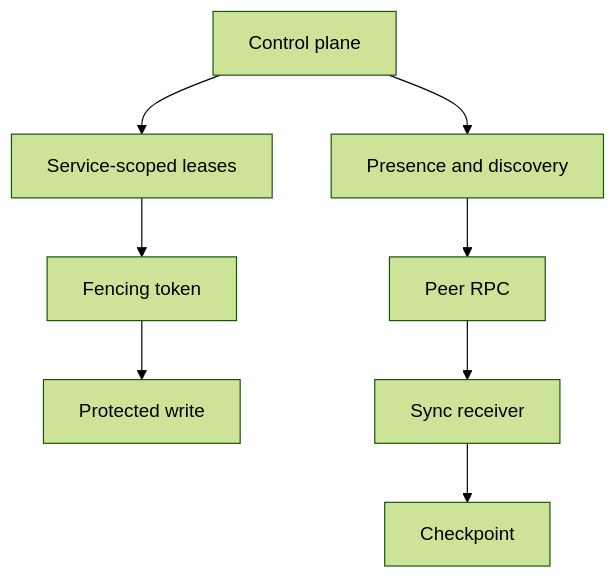
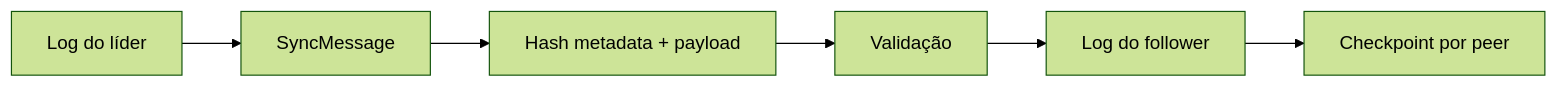
The diagram in docs/pt/architecture/synchronization.md (dnettoRaw/appcore-wiki), drawn with Mermaid (forest theme) before and after one commit. The commit also changed other lines of this file and 341 other files, not shown here.

````diff
--- a/docs/pt/architecture/synchronization.md
+++ b/docs/pt/architecture/synchronization.md
@@ -28,10 +18,8 @@
 ```mermaid
-flowchart TD
-    CP[Control plane] --> P[Presence and discovery]
-    CP --> L[Service-scoped leases]
-    L --> F[Fencing token]
-    F --> W[Protected write]
-    P --> RPC[Peer RPC]
-    RPC --> SYNC[Sync receiver]
-    SYNC --> C[Checkpoint]
+flowchart LR
+    LeaderLog[Log do líder] --> Batch[SyncMessage]
+    Batch --> Hash[Hash metadata + payload]
+    Hash --> Receiver[Validação]
+    Receiver --> FollowerLog[Log do follower]
+    FollowerLog --> Checkpoint[Checkpoint por peer]
 ```
````
